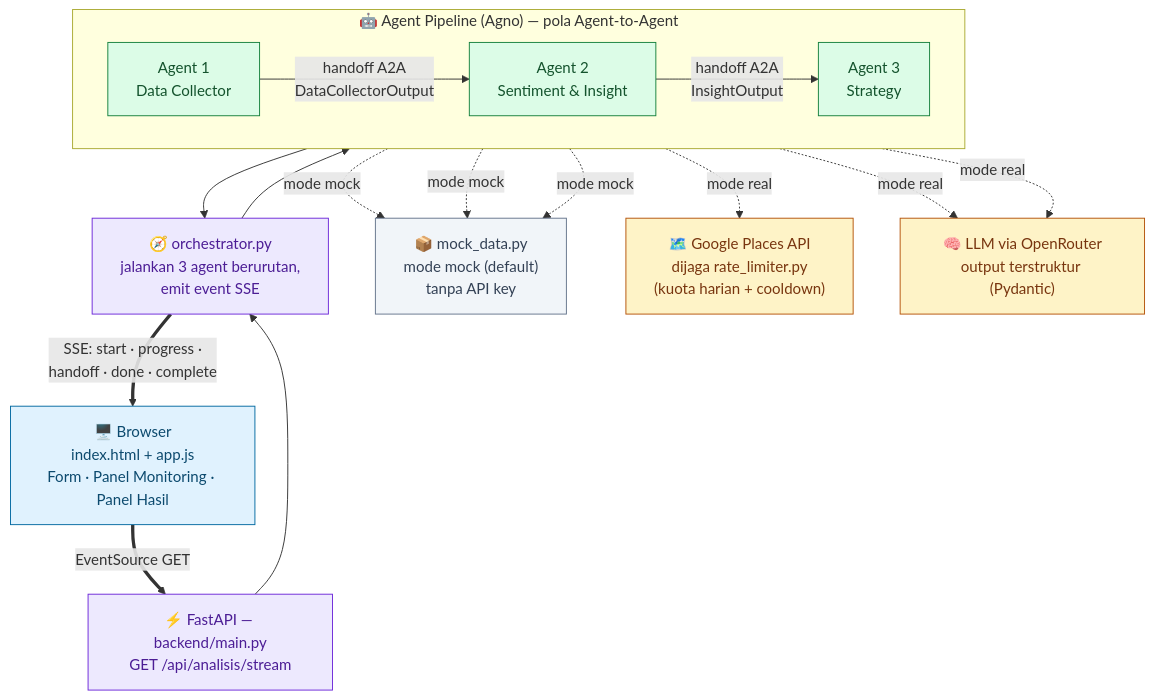
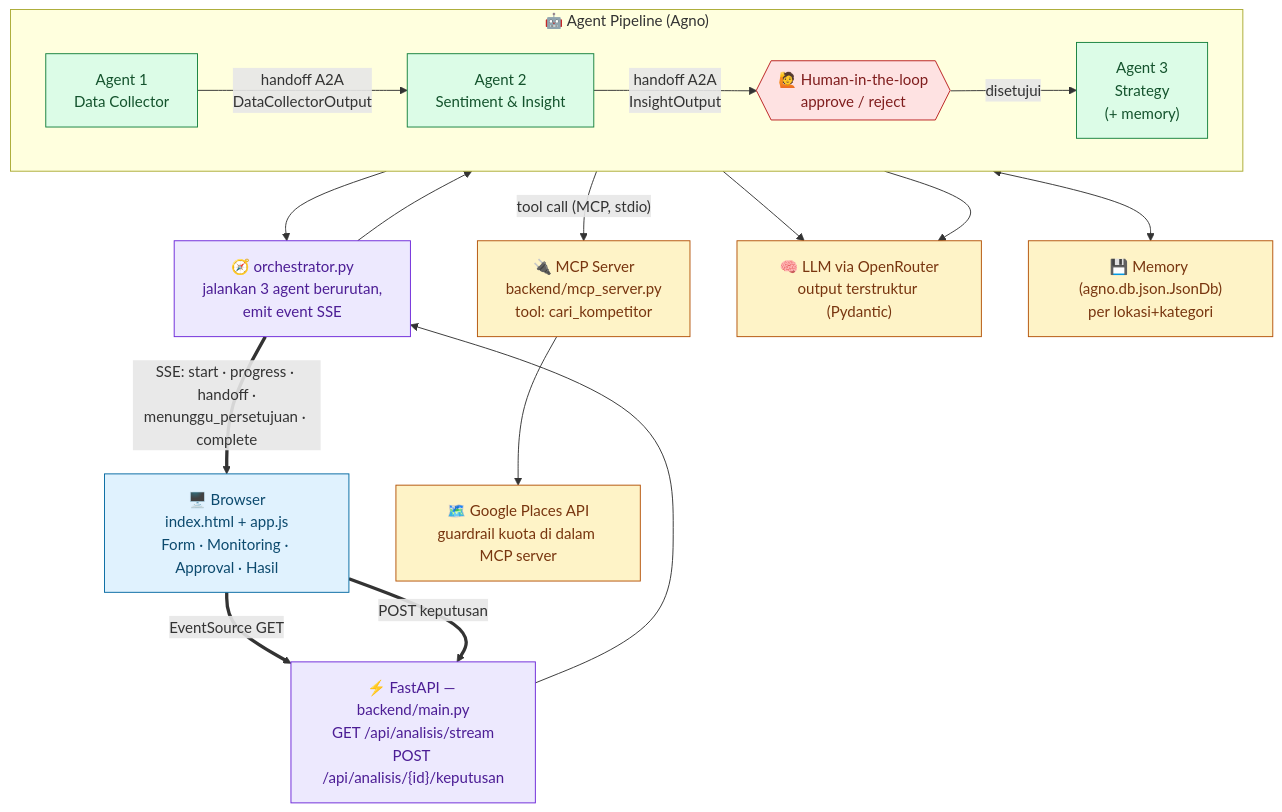
One commit to bruriwijayanto/competitor-radar changed the diagram in README.md. Above: the diagram before and after it, drawn with Mermaid. The commit also changed other lines of this file and 18 other files, not shown here.

````diff
--- a/README.md
+++ b/README.md
@@ -39,39 +44,42 @@
 ```mermaid
 flowchart TB
     classDef frontend fill:#e0f2fe,stroke:#0369a1,color:#0c4a6e
     classDef backend fill:#ede9fe,stroke:#6d28d9,color:#4c1d95
     classDef agent fill:#dcfce7,stroke:#15803d,color:#14532d
     classDef external fill:#fef3c7,stroke:#b45309,color:#78350f
-    classDef mock fill:#f1f5f9,stroke:#64748b,color:#334155
+    classDef hitl fill:#fee2e2,stroke:#b91c1c,color:#7f1d1d
 
-    UI["🖥️ Browser<br/>index.html + app.js<br/>Form · Panel Monitoring · Panel Hasil"]:::frontend
+    UI["🖥️ Browser<br/>index.html + app.js<br/>Form · Monitoring · Approval · Hasil"]:::frontend
 
-    API["⚡ FastAPI — backend/main.py<br/>GET /api/analisis/stream"]:::backend
+    API["⚡ FastAPI — backend/main.py<br/>GET /api/analisis/stream<br/>POST /api/analisis/{id}/keputusan"]:::backend
     ORC["🧭 orchestrator.py<br/>jalankan 3 agent berurutan,<br/>emit event SSE"]:::backend
 
-    subgraph PIPE [" 🤖 Agent Pipeline (Agno) — pola Agent-to-Agent "]
+    subgraph PIPE [" 🤖 Agent Pipeline (Agno) "]
         direction LR
         A1["Agent 1<br/>Data Collector"]:::agent
+        HITL{{"🙋 Human-in-the-loop<br/>approve / reject"}}:::hitl
         A2["Agent 2<br/>Sentiment &amp; Insight"]:::agent
-        A3["Agent 3<br/>Strategy"]:::agent
+        A3["Agent 3<br/>Strategy<br/>(+ memory)"]:::agent
         A1 -- "handoff A2A<br/>DataCollectorOutput" --> A2
-        A2 -- "handoff A2A<br/>InsightOutput" --> A3
+        A2 -- "handoff A2A<br/>InsightOutput" --> HITL
+        HITL -- "disetujui" --> A3
     end
 
-    MOCK["📦 mock_data.py<br/>mode mock (default)<br/>tanpa API key"]:::mock
-    GMAPS["🗺️ Google Places API<br/>dijaga rate_limiter.py<br/>(kuota harian + cooldown)"]:::external
+    MCP["🔌 MCP Server<br/>backend/mcp_server.py<br/>tool: cari_kompetitor"]:::external
+    GMAPS["🗺️ Google Places API<br/>guardrail kuota di dalam MCP server"]:::external
     LLM["🧠 LLM via OpenRouter<br/>output terstruktur (Pydantic)"]:::external
+    MEM["💾 Memory (agno.db.json.JsonDb)<br/>per lokasi+kategori"]:::external
 
     UI == "EventSource GET" ==> API
     API --> ORC
     ORC --> A1
     A3 --> ORC
-    ORC == "SSE: start · progress ·<br/>handoff · done · complete" ==> UI
+    ORC == "SSE: start · progress · handoff ·<br/>menunggu_persetujuan · complete" ==> UI
+    UI == "POST keputusan" ==> API
 
-    A1 -. mode mock .-> MOCK
-    A1 -. mode real .-> GMAPS
-    A2 -. mode mock .-> MOCK
-    A2 -. mode real .-> LLM
-    A3 -. mode mock .-> MOCK
-    A3 -. mode real .-> LLM
+    A1 -- "tool call (MCP, stdio)" --> MCP
+    MCP --> GMAPS
+    A2 --> LLM
+    A3 --> LLM
+    A3 <--> MEM
 ```
````
